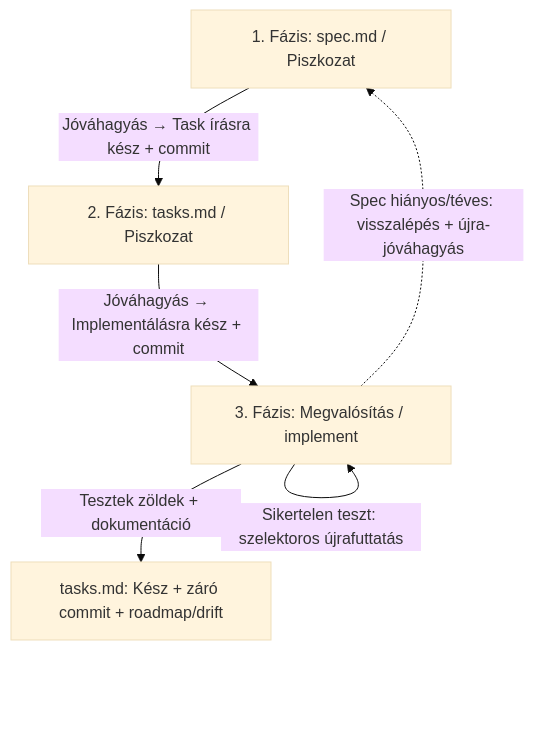
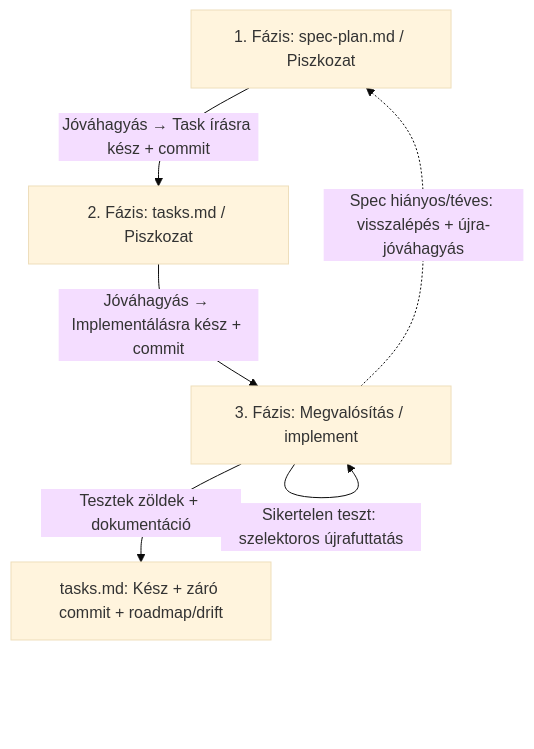
Before and after one commit to berkiadam/berkispec: the diagram in prompts/skills-hu/quick-flow.md, drawn with Mermaid (base theme). The commit also changed other lines of this file and 20 other files, not shown here.

````diff
--- a/prompts/skills-hu/quick-flow.md
+++ b/prompts/skills-hu/quick-flow.md
@@ -123,8 +123,8 @@
 ```mermaid
 graph TD
-    A[1. Fázis: spec.md / Piszkozat] -->|Jóváhagyás → Task írásra kész + commit| B[2. Fázis: tasks.md / Piszkozat]
+    A[1. Fázis: spec-plan.md / Piszkozat] -->|Jóváhagyás → Task írásra kész + commit| B[2. Fázis: tasks.md / Piszkozat]
     B -->|Jóváhagyás → Implementálásra kész + commit| C[3. Fázis: Megvalósítás / implement]
     C -->|Tesztek zöldek + dokumentáció| D[tasks.md: Kész + záró commit + roadmap/drift]
     C -->|Sikertelen teszt: szelektoros újrafuttatás| C
     C -.->|Spec hiányos/téves: visszalépés + újra-jóváhagyás| A
 ```
````
